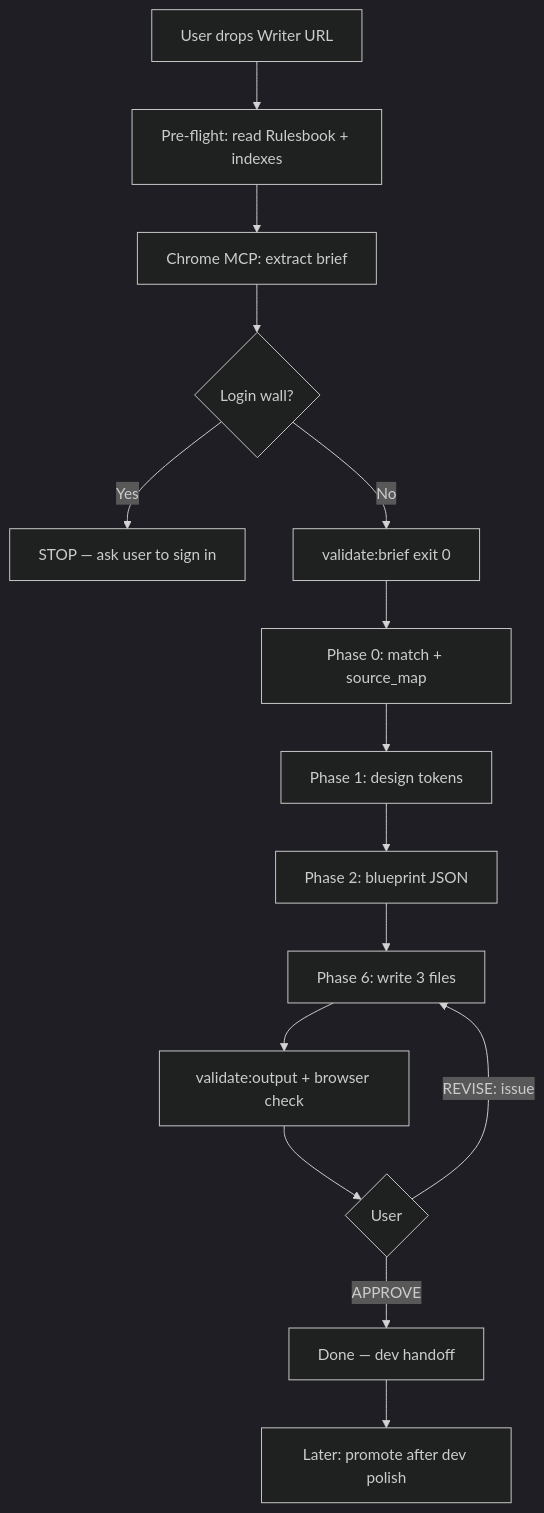
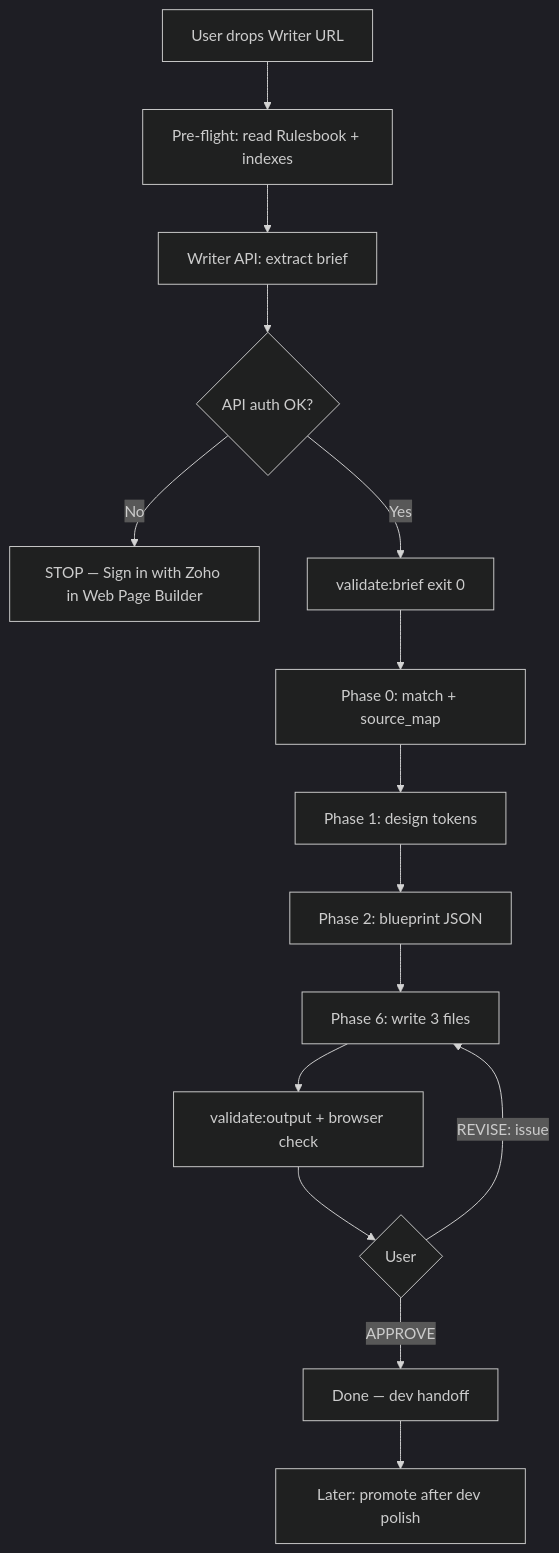
One commit to Jegapriyan07/Zoho_Website_Automation changed the diagram in z_workflow/AGENT-PROJECT-WORKFLOW.md. Above: the diagram before and after it, drawn with Mermaid (dark theme). The commit also changed other lines of this file and 166 other files, not shown here.

````diff
--- a/z_workflow/AGENT-PROJECT-WORKFLOW.md
+++ b/z_workflow/AGENT-PROJECT-WORKFLOW.md
@@ -51,17 +51,17 @@
 ```mermaid
 flowchart TD
     A[User drops Writer URL] --> B[Pre-flight: read Rulesbook + indexes]
-    B --> C[Chrome MCP: extract brief]
-    C --> D{Login wall?}
-    D -->|Yes| E[STOP — ask user to sign in]
-    D -->|No| F[validate:brief exit 0]
+    B --> C[Writer API: extract brief]
+    C --> D{API auth OK?}
+    D -->|No| E[STOP — Sign in with Zoho in Web Page Builder]
+    D -->|Yes| F[validate:brief exit 0]
     F --> G[Phase 0: match + source_map]
     G --> H[Phase 1: design tokens]
     H --> I[Phase 2: blueprint JSON]
     I --> J[Phase 6: write 3 files]
     J --> K[validate:output + browser check]
     K --> L{User}
     L -->|APPROVE| M[Done — dev handoff]
     L -->|REVISE: issue| J
     M --> N[Later: promote after dev polish]
 ```
````
